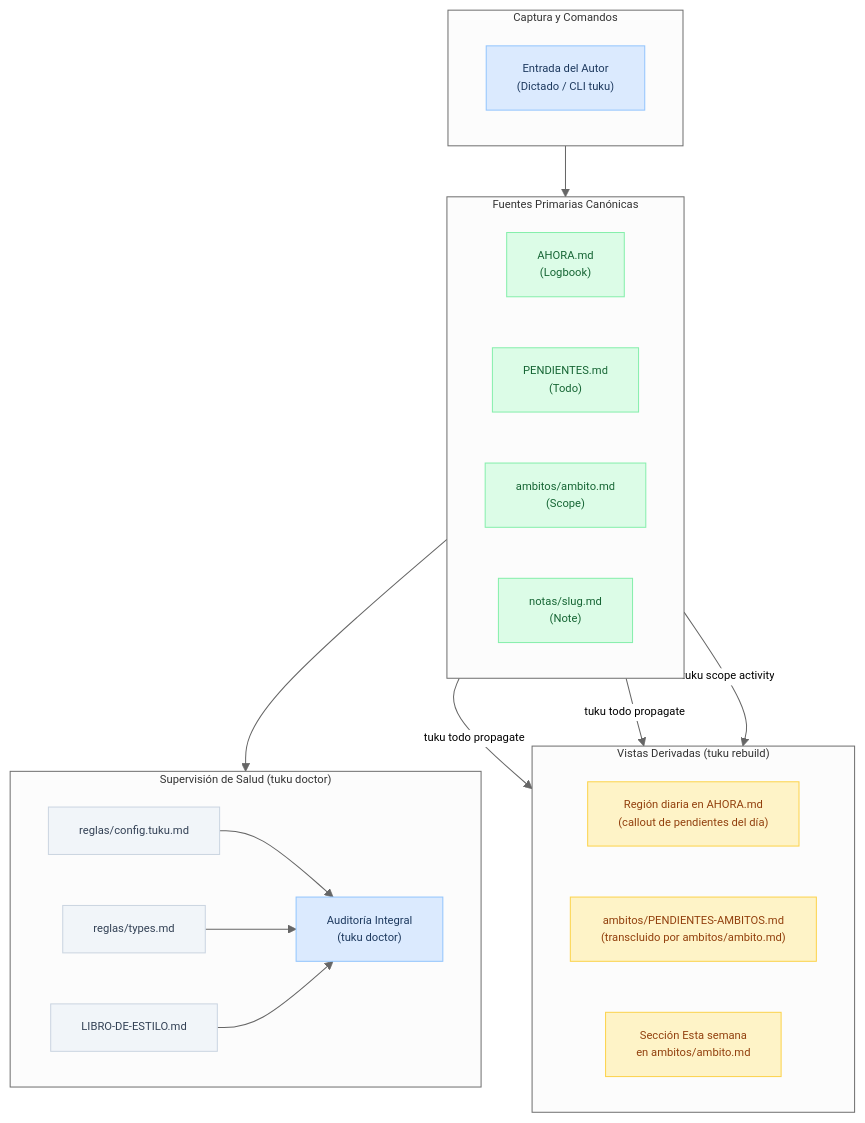
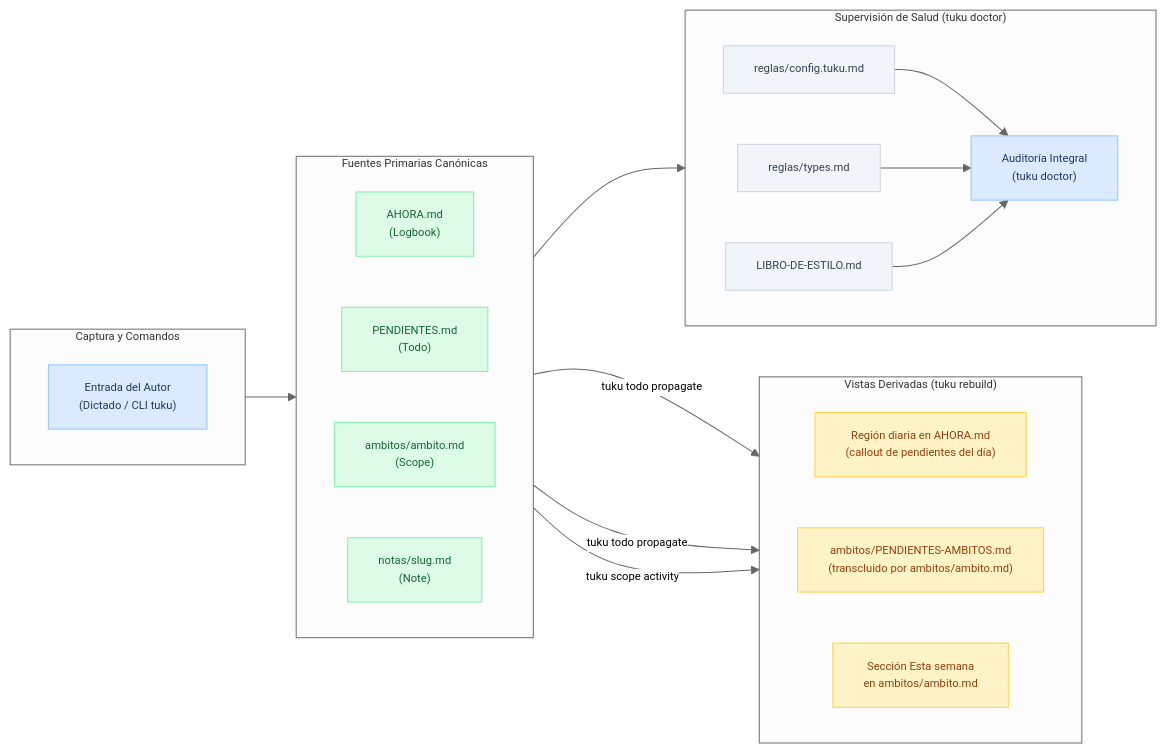
The diagram in devel/dependencies-tree.md (pewma-ai/tuku), drawn with Mermaid before and after one commit. The commit also changed 2 other files, not shown here.

Commit message:
feat(epic-002): cerrar formalmente epic 002 tras aceptacion humana

````diff
--- a/devel/dependencies-tree.md
+++ b/devel/dependencies-tree.md
@@ -36,51 +36,51 @@
 ```mermaid
 %%{init: {'flowchart': {'useMaxWidth': true}, 'theme': 'neutral', 'themeVariables': {'fontSize': '11px'}}}%%
-flowchart TD
+flowchart LR
     subgraph ENTRADAS["Captura y Comandos"]
         direction LR
         CLI["Entrada del Autor<br/>(Dictado / CLI tuku)"]
     end
 
     subgraph CANONICOS["Fuentes Primarias Canónicas"]
         direction LR
         AHORA["AHORA.md<br/>(Logbook)"]
         PENDIENTES["PENDIENTES.md<br/>(Todo)"]
         AMBITO_PAG["ambitos/ambito.md<br/>(Scope)"]
         NOTAS["notas/slug.md<br/>(Note)"]
     end
 
     subgraph DERIVADOS["Vistas Derivadas (tuku rebuild)"]
         direction LR
         REGION_DIA["Región diaria en AHORA.md<br/>(callout de pendientes del día)"]
         PENDIENTES_AMBITOS["ambitos/PENDIENTES-AMBITOS.md<br/>(transcluido por ambitos/ambito.md)"]
         AMBITO_SEMANA["Sección Esta semana<br/>en ambitos/ambito.md"]
     end
 
     subgraph SUPERVISION["Supervisión de Salud (tuku doctor)"]
         direction LR
         CONFIG["reglas/config.tuku.md"]
         TYPES["reglas/types.md"]
         LIBRO["LIBRO-DE-ESTILO.md"]
         DOCTOR["Auditoría Integral<br/>(tuku doctor)"]
     end
 
     ENTRADAS --> CANONICOS
     PENDIENTES -->|tuku todo propagate| REGION_DIA
     PENDIENTES -->|tuku todo propagate| PENDIENTES_AMBITOS
     AHORA -->|tuku scope activity| AMBITO_SEMANA
 
     CONFIG --> DOCTOR
     TYPES --> DOCTOR
     LIBRO --> DOCTOR
     CANONICOS --> DOCTOR
 
     classDef entrada fill:#dbeafe,color:#1e3a5f,stroke:#93c5fd
     classDef canonico fill:#dcfce7,color:#166534,stroke:#86efac
     classDef derivado fill:#fef3c7,color:#92400e,stroke:#fcd34d
     classDef regla fill:#f1f5f9,color:#334155,stroke:#cbd5e1
 
     class CLI,DOCTOR entrada
     class AHORA,PENDIENTES,AMBITO_PAG,NOTAS canonico
     class REGION_DIA,PENDIENTES_AMBITOS,AMBITO_SEMANA derivado
     class CONFIG,TYPES,LIBRO regla
 ```
````
